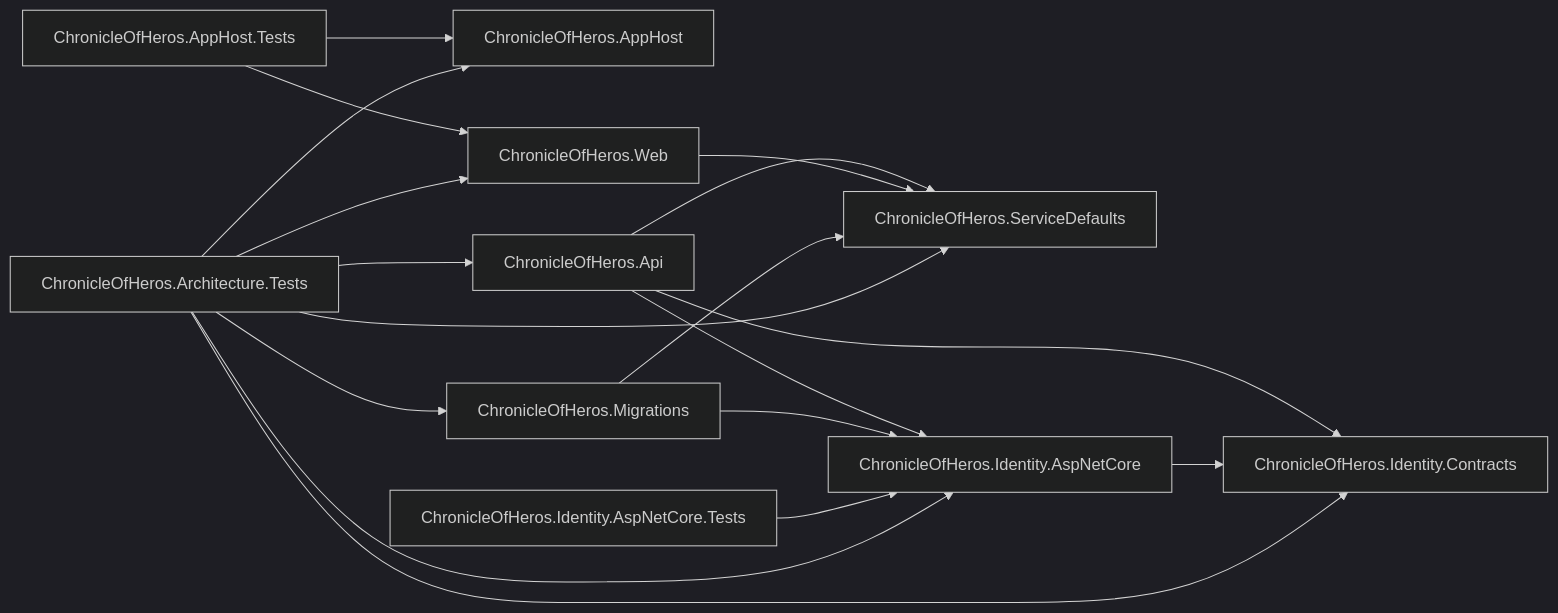
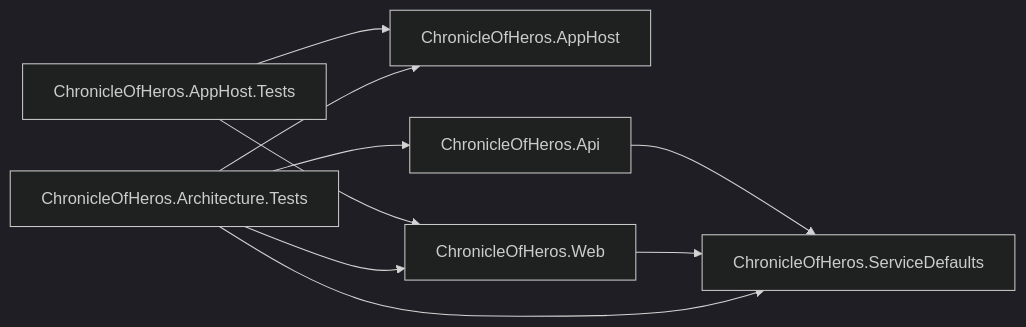
Before and after one commit to FlorianAlbert/ChronicleOfHeros: the diagram in docs/architecture/solution/projects.md, drawn with Mermaid (dark theme). The commit also changed other lines of this file and 84 other files, not shown here.

````diff
--- a/docs/architecture/solution/projects.md
+++ b/docs/architecture/solution/projects.md
@@ -9,31 +9,18 @@
 ```mermaid
 %% verify: project-references
 flowchart LR
     appHost["ChronicleOfHeros.AppHost"]
     api["ChronicleOfHeros.Api"]
     web["ChronicleOfHeros.Web"]
-    migrations["ChronicleOfHeros.Migrations"]
     serviceDefaults["ChronicleOfHeros.ServiceDefaults"]
-    identityAspNetCore["ChronicleOfHeros.Identity.AspNetCore"]
-    identityContracts["ChronicleOfHeros.Identity.Contracts"]
     appHostTests["ChronicleOfHeros.AppHost.Tests"]
-    identityTests["ChronicleOfHeros.Identity.AspNetCore.Tests"]
     architectureTests["ChronicleOfHeros.Architecture.Tests"]
     api --> serviceDefaults
-    api --> identityAspNetCore
-    api --> identityContracts
     web --> serviceDefaults
-    migrations --> identityAspNetCore
-    migrations --> serviceDefaults
-    identityAspNetCore --> identityContracts
     appHostTests --> appHost
     appHostTests --> web
-    identityTests --> identityAspNetCore
     architectureTests --> api
     architectureTests --> appHost
-    architectureTests --> identityAspNetCore
-    architectureTests --> identityContracts
-    architectureTests --> migrations
     architectureTests --> serviceDefaults
     architectureTests --> web
 ```
````
